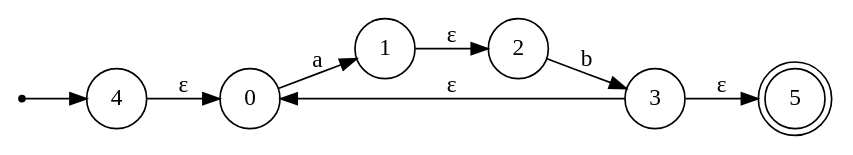
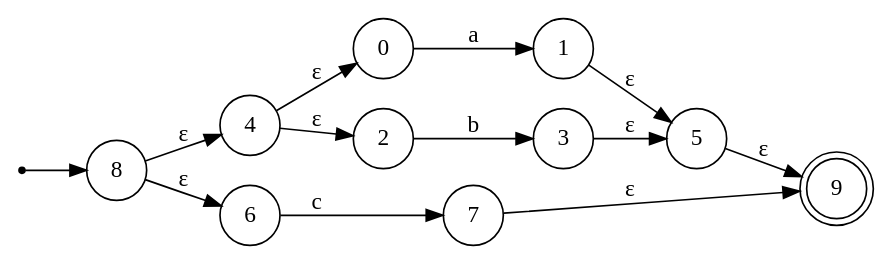
Before and after one commit to AmenAllahNoamane/TP-Techniques-de-compilation: the diagram in automates/automate2.dot, drawn with Graphviz. The commit also changed 12 other files, not shown here.

```diff
--- a/automates/automate2.dot
+++ b/automates/automate2.dot
@@ -1,13 +1,18 @@
 digraph AFN {
   rankdir=LR;
   node [shape=circle];
   __start [shape=point];
-  __start -> 4;
-  5 [shape=doublecircle];
+  __start -> 8;
+  9 [shape=doublecircle];
   0 -> 1 [label="a"];
   2 -> 3 [label="b"];
-  1 -> 2 [label="ε"];
   4 -> 0 [label="ε"];
-  3 -> 0 [label="ε"];
+  4 -> 2 [label="ε"];
+  1 -> 5 [label="ε"];
   3 -> 5 [label="ε"];
+  6 -> 7 [label="c"];
+  8 -> 4 [label="ε"];
+  8 -> 6 [label="ε"];
+  5 -> 9 [label="ε"];
+  7 -> 9 [label="ε"];
 }
```
